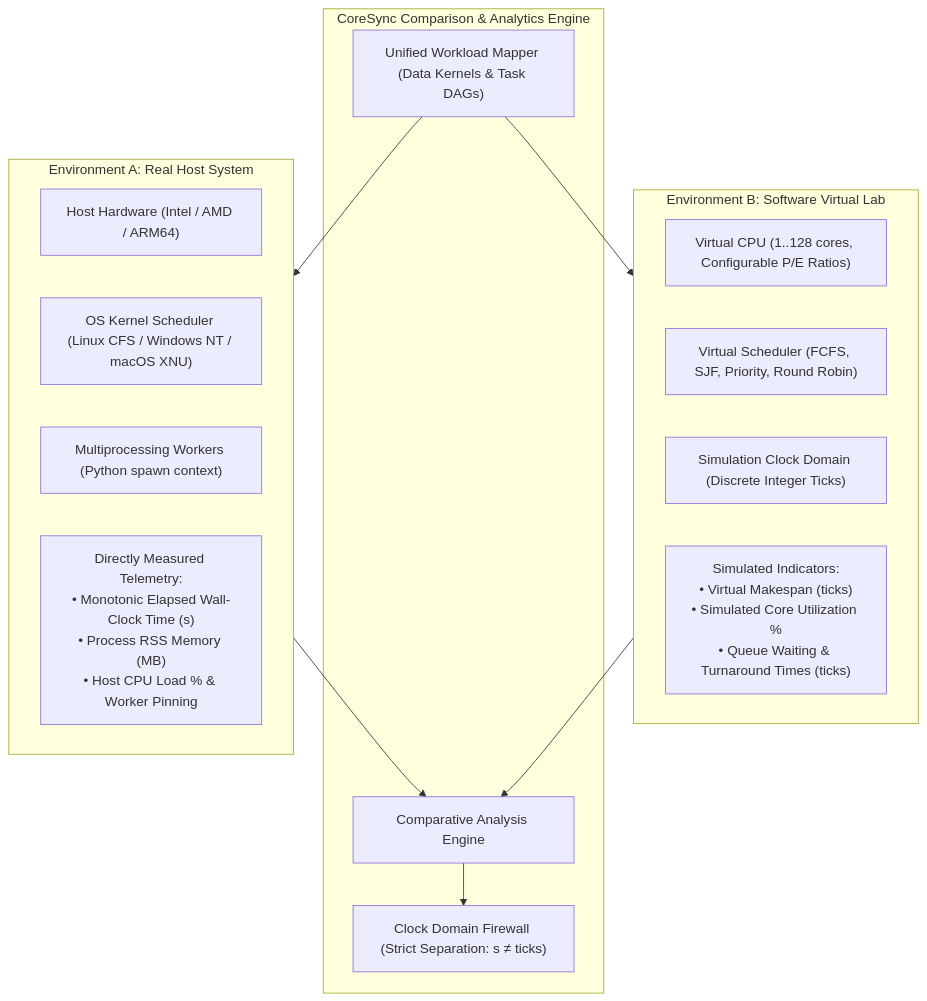
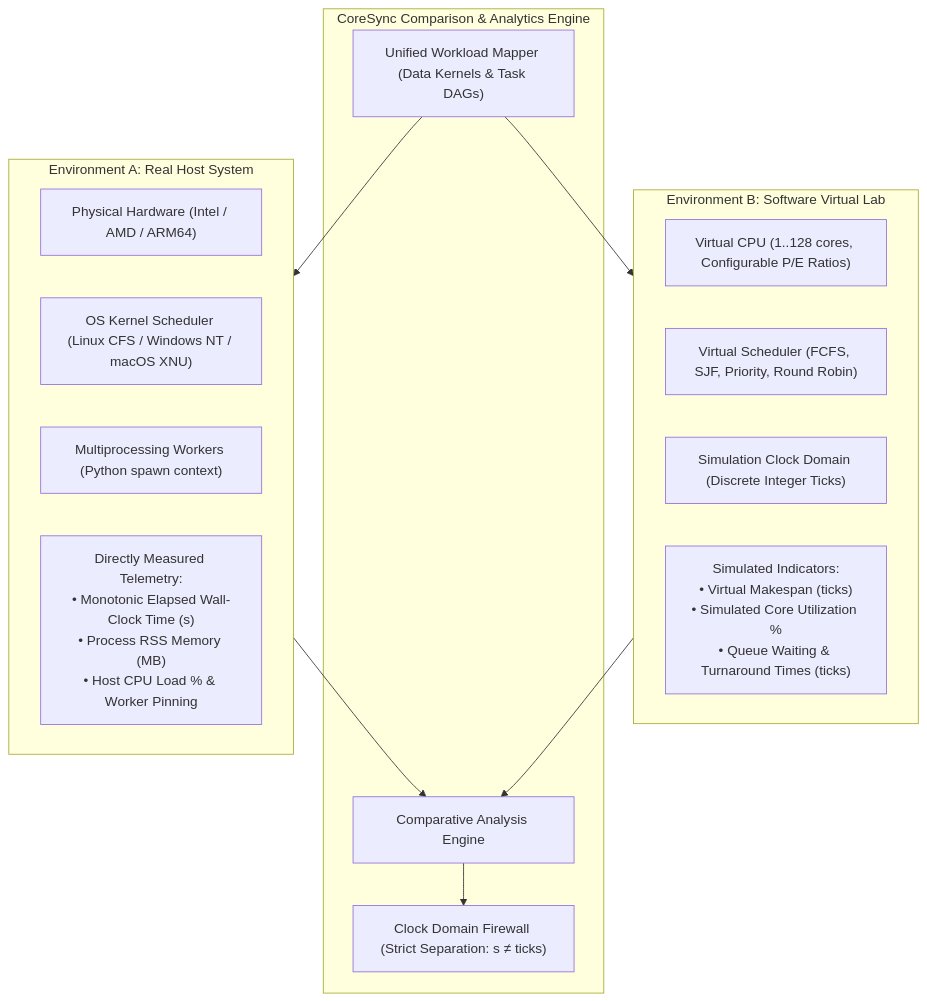
Before and after one commit to ankursaini200/CoreSync: the first of 3 diagrams in README.md, drawn with Mermaid. The commit also changed other lines of this file, not shown here.

Commit message:
docs: overhaul README with comprehensive features, table of contents, and architecture details

````diff
--- a/README.md
+++ b/README.md
@@ -28,28 +90,28 @@
 ```mermaid
 flowchart TD
     subgraph REAL["Environment A: Real Host System"]
-        HW["Host Hardware (Intel / AMD / ARM64)"]
+        HW["Physical Hardware (Intel / AMD / ARM64)"]
         OS["OS Kernel Scheduler (Linux CFS / Windows NT / macOS XNU)"]
         PROCS["Multiprocessing Workers (Python spawn context)"]
         M_REAL["Directly Measured Telemetry:<br/>• Monotonic Elapsed Wall-Clock Time (s)<br/>• Process RSS Memory (MB)<br/>• Host CPU Load % & Worker Pinning"]
     end
 
     subgraph VIRTUAL["Environment B: Software Virtual Lab"]
         VCPU["Virtual CPU (1..128 cores, Configurable P/E Ratios)"]
         VSCHED["Virtual Scheduler (FCFS, SJF, Priority, Round Robin)"]
         SIM["Simulation Clock Domain (Discrete Integer Ticks)"]
         M_VIRT["Simulated Indicators:<br/>• Virtual Makespan (ticks)<br/>• Simulated Core Utilization %<br/>• Queue Waiting & Turnaround Times (ticks)"]
     end
 
     subgraph WORKSTATION["CoreSync Comparison & Analytics Engine"]
         MAPPER["Unified Workload Mapper (Data Kernels & Task DAGs)"]
         ANALYZE["Comparative Analysis Engine"]
         FIREWALL["Clock Domain Firewall (Strict Separation: s ≠ ticks)"]
     end
 
     MAPPER --> REAL
     MAPPER --> VIRTUAL
     REAL --> ANALYZE
     VIRTUAL --> ANALYZE
     ANALYZE --> FIREWALL
 ```
````
